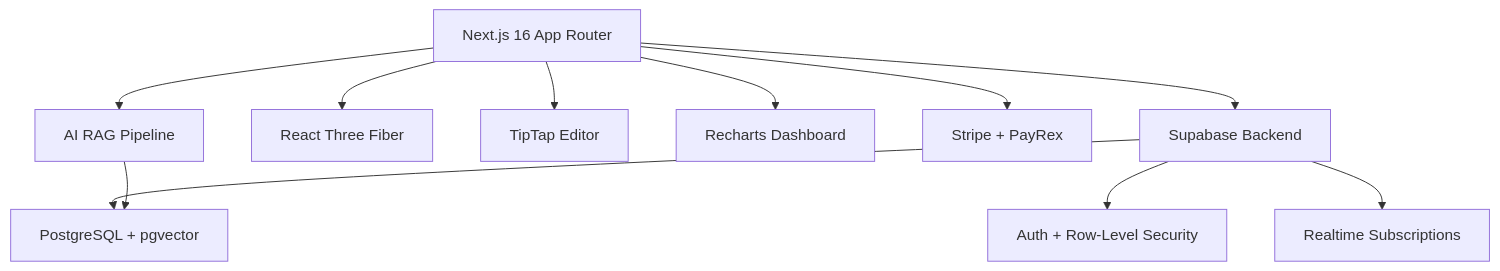
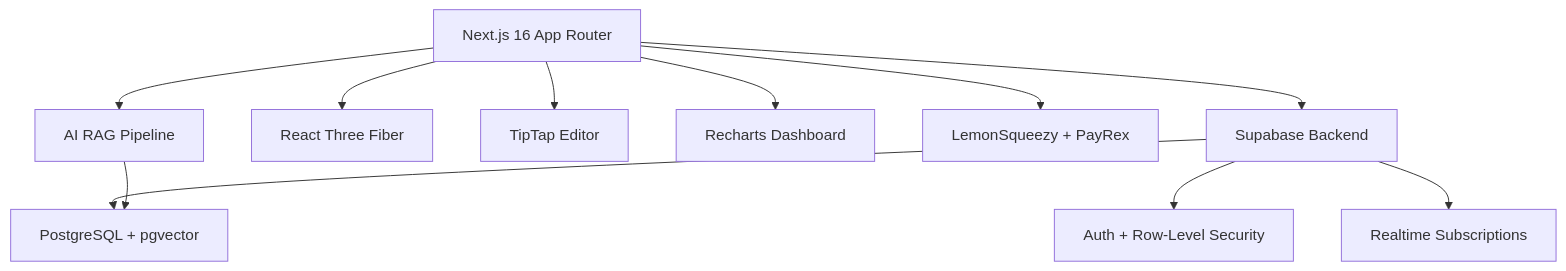
The first of 3 diagrams in .ai/docs/archive/legacy/04-Architecture/04 — Architecture.md (pjel888/slatecamp), drawn with Mermaid before and after one commit. The commit also changed other lines of this file and 268 other files, not shown here.

````diff
--- a/.ai/docs/archive/legacy/04-Architecture/04 — Architecture.md
+++ b/.ai/docs/archive/legacy/04-Architecture/04 — Architecture.md
@@ -9,13 +9,13 @@
 ```mermaid
 graph TB
     A["Next.js 16 App Router"] --> B["Supabase Backend"]
     A --> C["React Three Fiber"]
     A --> D["TipTap Editor"]
     A --> E["Recharts Dashboard"]
     B --> F["PostgreSQL + pgvector"]
     B --> G["Auth + Row-Level Security"]
     B --> H["Realtime Subscriptions"]
-    A --> I["Stripe + PayRex"]
+    A --> I["LemonSqueezy + PayRex"]
     A --> J["AI RAG Pipeline"]
     J --> F
 ```
````
